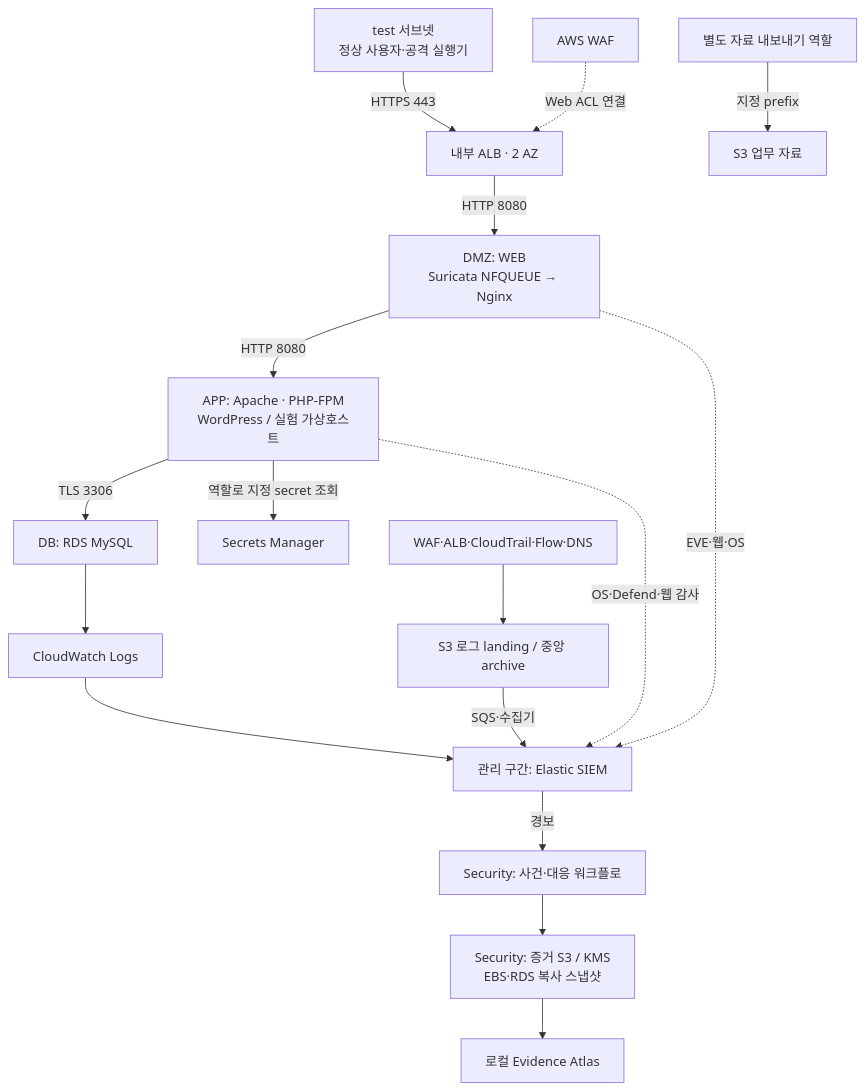
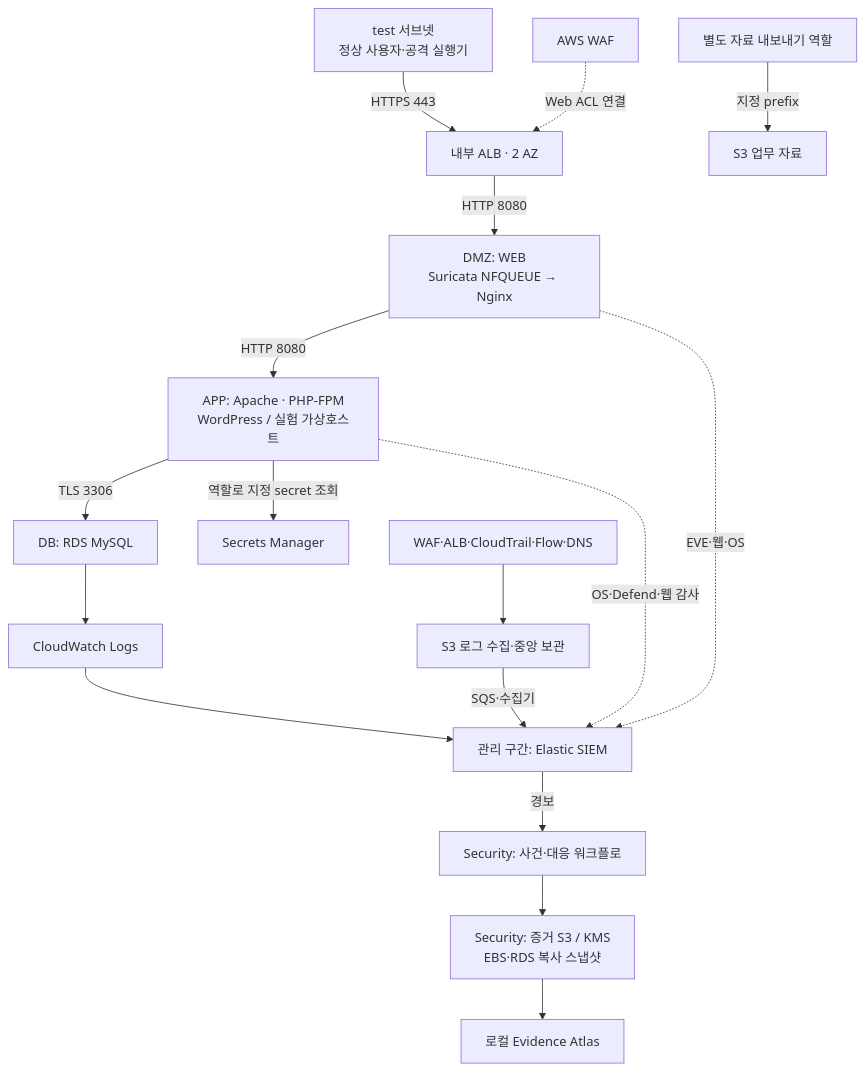
The diagram in cloud-lab/BUILD_AND_ATTACK.md (acvbbnm/dfir), drawn with Mermaid before and after one commit. The commit also changed 7 other files, not shown here.

```diff
--- a/cloud-lab/BUILD_AND_ATTACK.md
+++ b/cloud-lab/BUILD_AND_ATTACK.md
@@ -60,19 +60,19 @@
 ~~~mermaid
 flowchart TB
     TEST["test 서브넷<br/>정상 사용자·공격 실행기"] -->|"HTTPS 443"| ALB["내부 ALB · 2 AZ"]
     WAF["AWS WAF"] -. "Web ACL 연결" .-> ALB
     ALB -->|"HTTP 8080"| WEB["DMZ: WEB<br/>Suricata NFQUEUE → Nginx"]
     WEB -->|"HTTP 8080"| APP["APP: Apache · PHP-FPM<br/>WordPress / 실험 가상호스트"]
     APP -->|"TLS 3306"| RDS["DB: RDS MySQL"]
     APP -->|"역할로 지정 secret 조회"| SM["Secrets Manager"]
     BATCH["별도 자료 내보내기 역할"] -->|"지정 prefix"| DATA["S3 업무 자료"]
     APP -. "OS·Defend·웹 감사" .-> SOC["관리 구간: Elastic SIEM"]
     WEB -. "EVE·웹·OS" .-> SOC
     RDS --> CW["CloudWatch Logs"]
     CW --> SOC
-    AWSLOG["WAF·ALB·CloudTrail·Flow·DNS"] --> LAND["S3 로그 landing / 중앙 archive"]
+    AWSLOG["WAF·ALB·CloudTrail·Flow·DNS"] --> LAND["S3 로그 수집·중앙 보관"]
     LAND -->|"SQS·수집기"| SOC
     SOC -->|"경보"| SOAR["Security: 사건·대응 워크플로"]
     SOAR --> EVID["Security: 증거 S3 / KMS<br/>EBS·RDS 복사 스냅샷"]
     EVID --> ATLAS["로컬 Evidence Atlas"]
 ~~~
```
